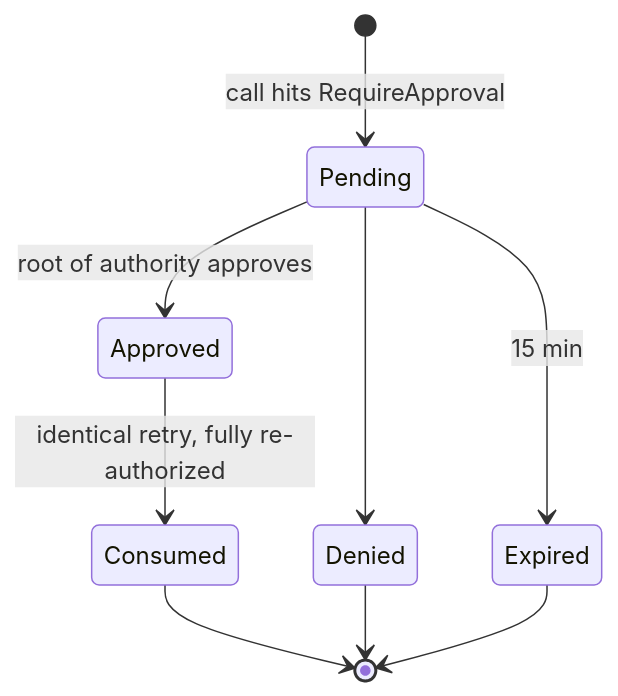
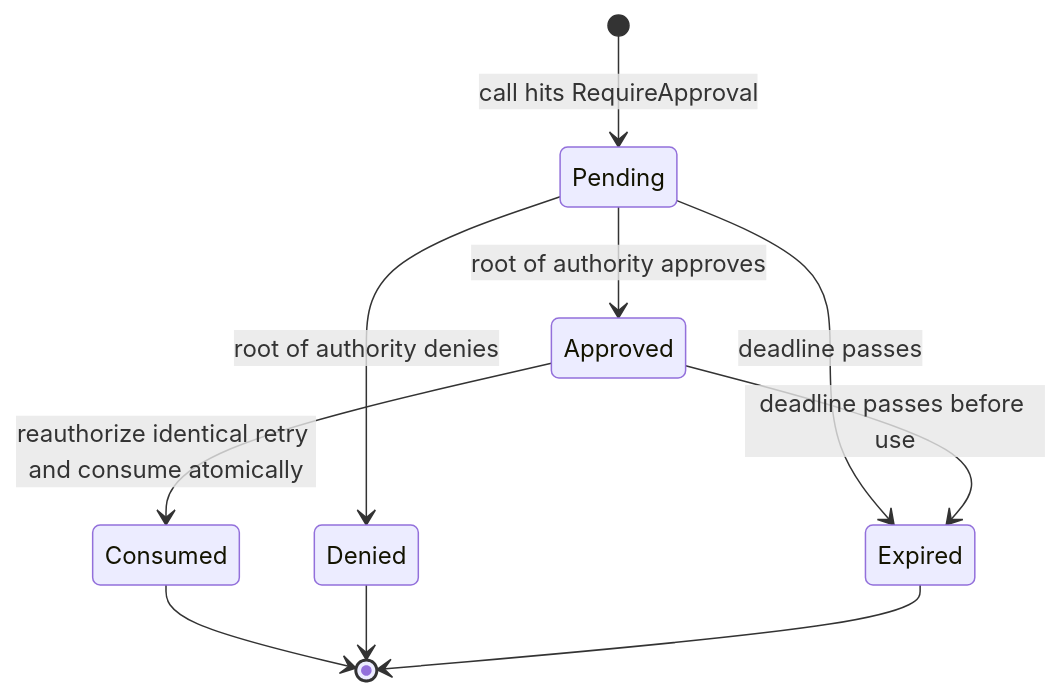
The sixth of 6 diagrams in docs/system-design.md (amurph491/hallpass-public), drawn with Mermaid before and after one commit. The commit also changed other lines of this file, not shown here.

Commit message:
Align system design diagrams with the implementation

````diff
--- a/docs/system-design.md
+++ b/docs/system-design.md
@@ -272,11 +298,12 @@
 ```mermaid
 stateDiagram-v2
   [*] --> Pending: call hits RequireApproval
   Pending --> Approved: root of authority approves
-  Pending --> Denied
-  Pending --> Expired: 15 min
-  Approved --> Consumed: identical retry, fully re-authorized
+  Pending --> Denied: root of authority denies
+  Pending --> Expired: deadline passes
+  Approved --> Expired: deadline passes before use
+  Approved --> Consumed: reauthorize identical retry and consume atomically
   Consumed --> [*]
   Denied --> [*]
   Expired --> [*]
 ```
````
